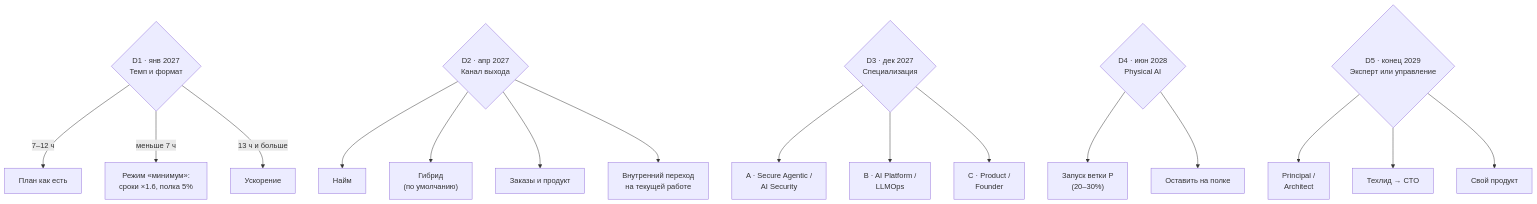
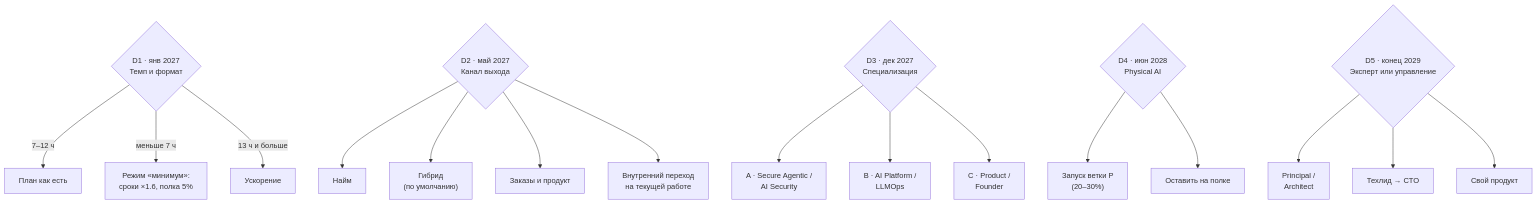
Before and after one commit to COMPACTBLUEFAN/turoring: the third of 3 diagrams in ROADMAP.md, drawn with Mermaid. The commit also changed other lines of this file and 47 other files, not shown here.

````diff
--- a/ROADMAP.md
+++ b/ROADMAP.md
@@ -1237,22 +1237,22 @@
 ```mermaid
 flowchart TD
     D1{"D1 · янв 2027<br/>Темп и формат"} -->|"7–12 ч"| N1["План как есть"]
     D1 -->|"меньше 7 ч"| M1["Режим «минимум»:<br/>сроки ×1.6, полка 5%"]
     D1 -->|"13 ч и больше"| F1["Ускорение"]
 
-    D2{"D2 · апр 2027<br/>Канал выхода"} --> H2["Найм"]
+    D2{"D2 · май 2027<br/>Канал выхода"} --> H2["Найм"]
     D2 --> G2["Гибрид<br/>(по умолчанию)"]
     D2 --> FR2["Заказы и продукт"]
     D2 --> I2["Внутренний переход<br/>на текущей работе"]
 
     D3{"D3 · дек 2027<br/>Специализация"} --> A3["A · Secure Agentic /<br/>AI Security"]
     D3 --> B3["B · AI Platform /<br/>LLMOps"]
     D3 --> C3["C · Product /<br/>Founder"]
 
     D4{"D4 · июн 2028<br/>Physical AI"} --> Y4["Запуск ветки P<br/>(20–30%)"]
     D4 --> S4["Оставить на полке"]
 
     D5{"D5 · конец 2029<br/>Эксперт или управление"} --> IC["Principal /<br/>Architect"]
     D5 --> MG["Техлид → CTO"]
     D5 --> FD["Свой продукт"]
 ```
````
